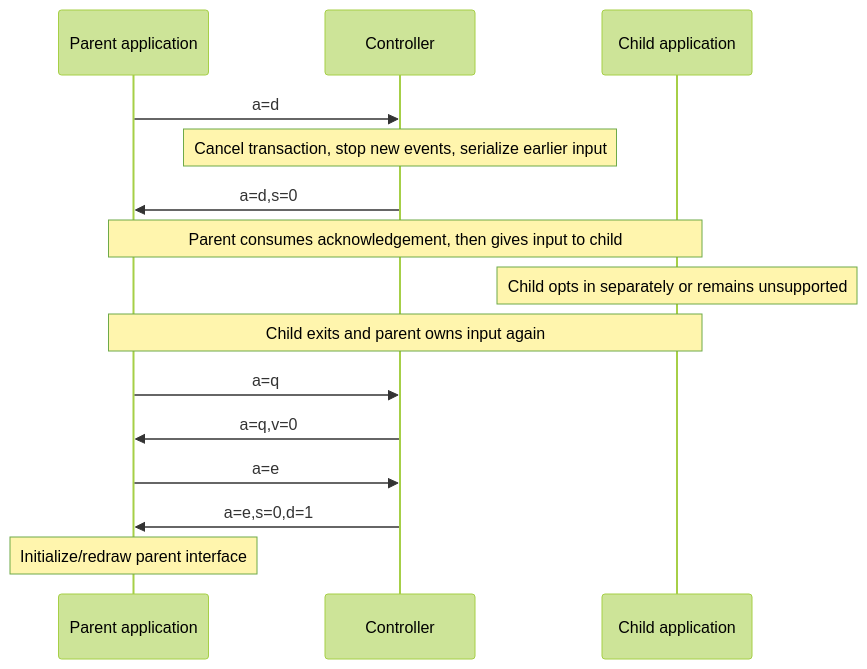
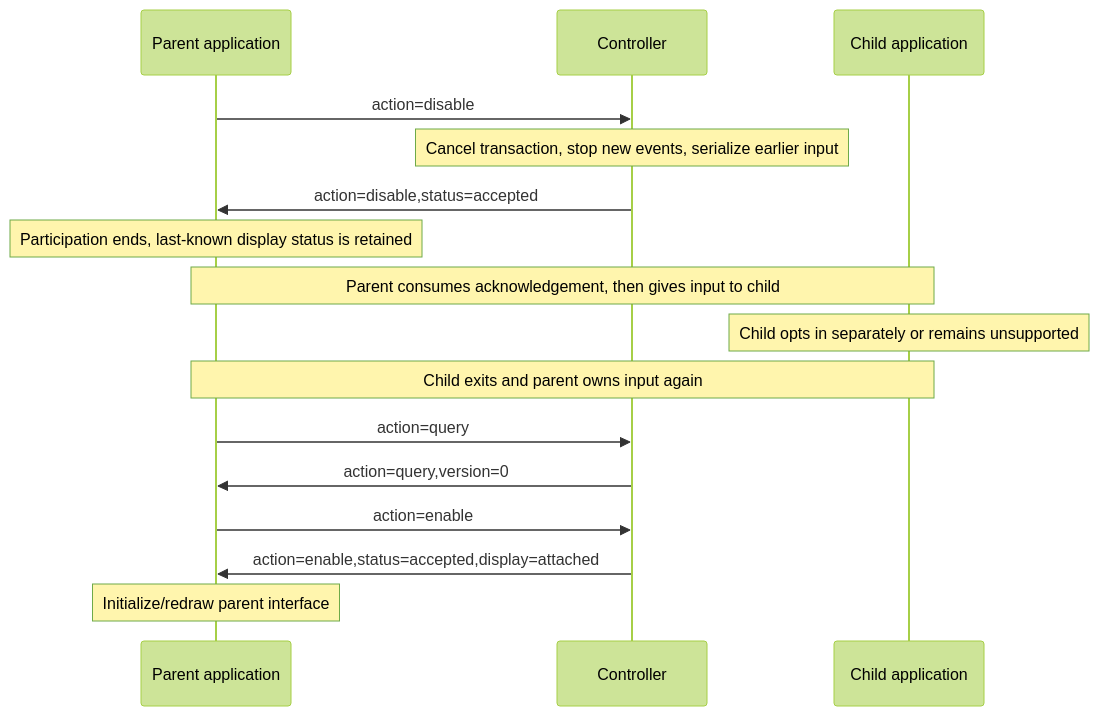
One commit to claes/kittyplex changed the seventh of 7 diagrams in docs/terminal-recovery-protocol-spec.md. Above: the diagram before and after it, drawn with Mermaid (forest theme). The commit also changed other lines of this file and 2 other files, not shown here.

Commit message:
Simplify state diagram etc

````diff
--- a/docs/terminal-recovery-protocol-spec.md
+++ b/docs/terminal-recovery-protocol-spec.md
@@ -287,17 +337,18 @@
 ```mermaid
 sequenceDiagram
     participant P as Parent application
     participant C as Controller
     participant K as Child application
-    P->>C: a=d
+    P->>C: action=disable
     Note over C: Cancel transaction, stop new events, serialize earlier input
-    C->>P: a=d,s=0
+    C->>P: action=disable,status=accepted
+    Note over P: Participation ends, last-known display status is retained
     Note over P,K: Parent consumes acknowledgement, then gives input to child
     Note over K: Child opts in separately or remains unsupported
     Note over P,K: Child exits and parent owns input again
-    P->>C: a=q
-    C->>P: a=q,v=0
-    P->>C: a=e
-    C->>P: a=e,s=0,d=1
+    P->>C: action=query
+    C->>P: action=query,version=0
+    P->>C: action=enable
+    C->>P: action=enable,status=accepted,display=attached
     Note over P: Initialize/redraw parent interface
 ```
````
